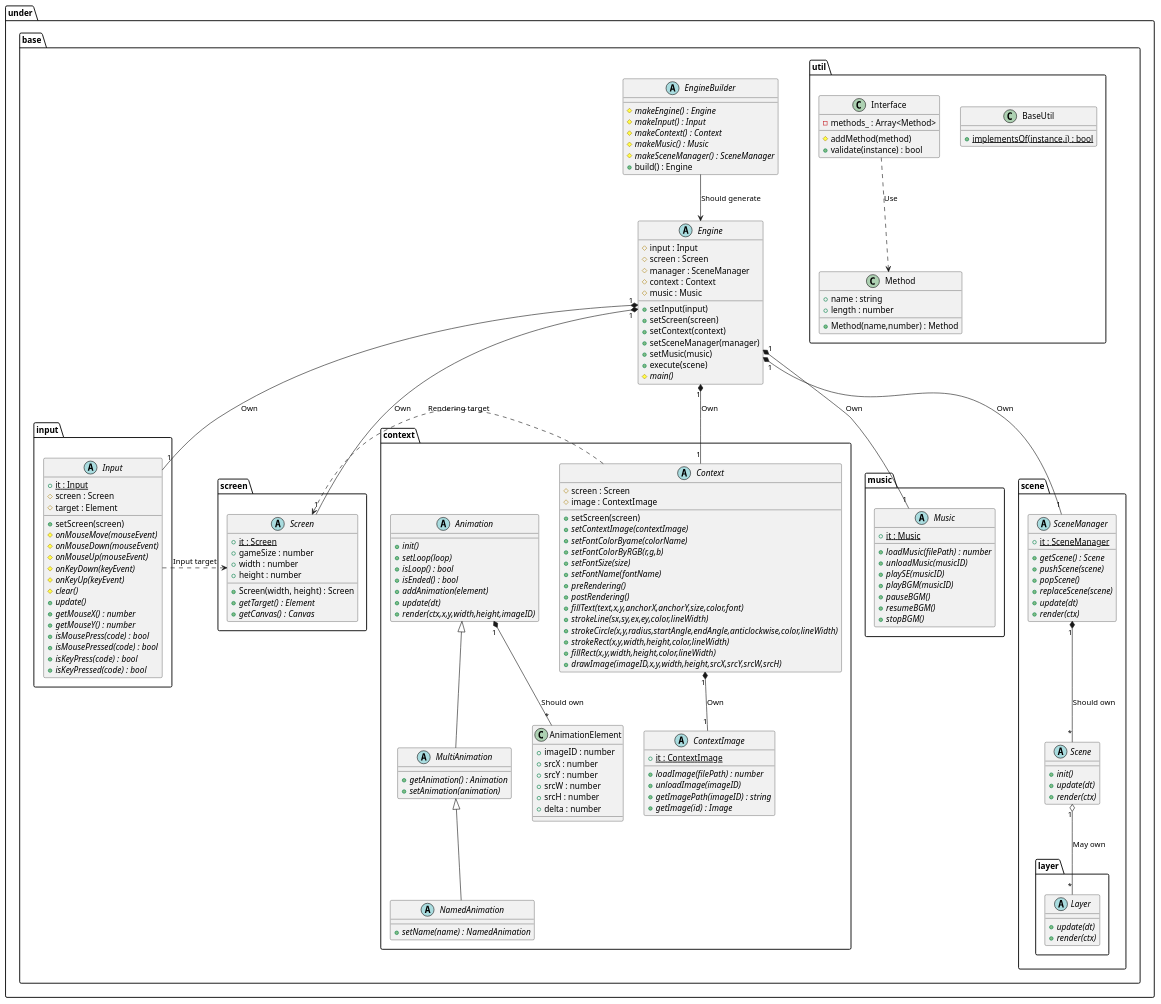
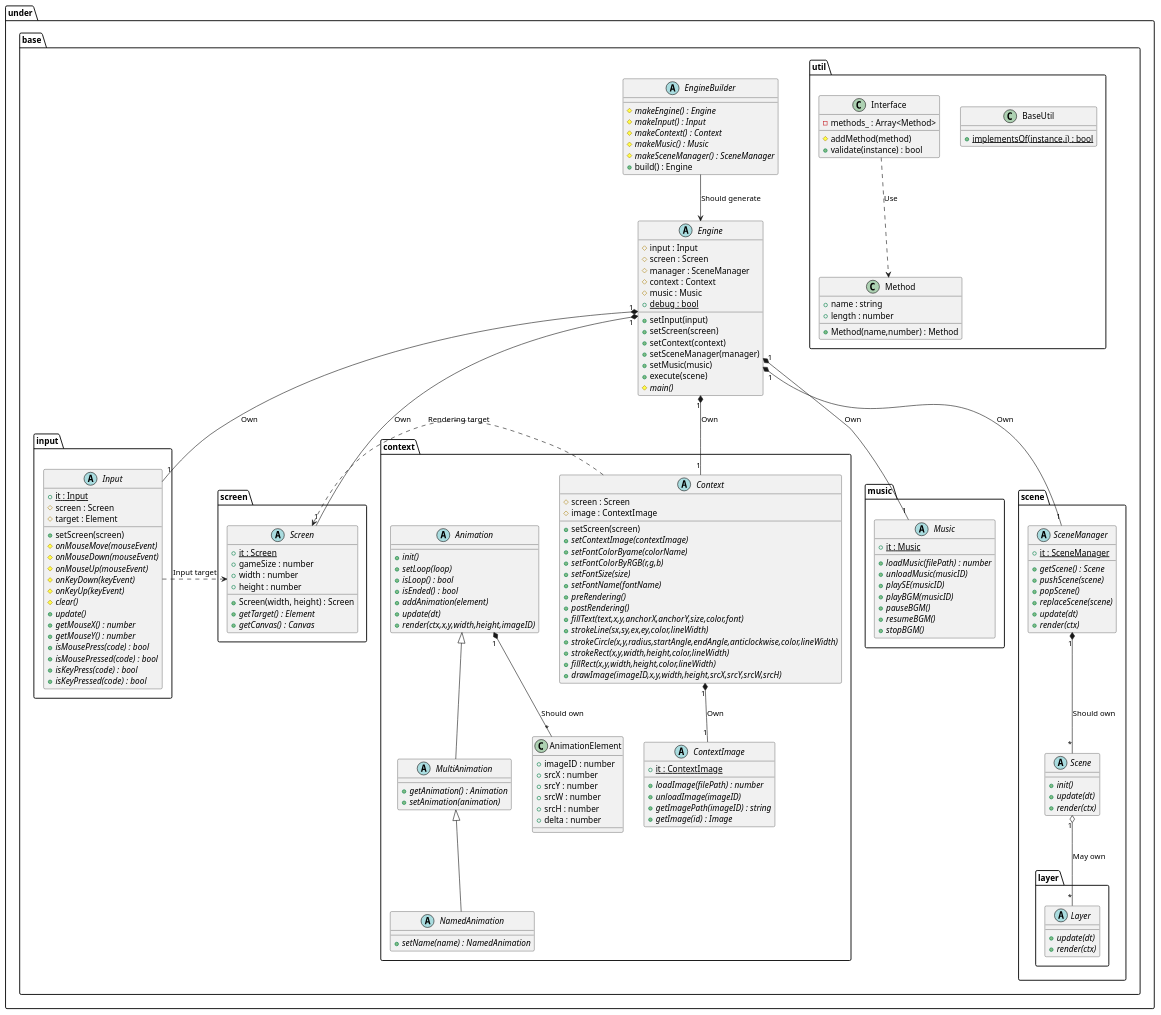
One commit to Expine/Under changed the diagram in uml/gamebase/Base.wsd. Above: the diagram before and after it, drawn with PlantUML. The commit also changed 11 other files, not shown here.

```diff
--- a/uml/gamebase/Base.wsd
+++ b/uml/gamebase/Base.wsd
@@ -1,191 +1,192 @@
 @startuml GameBaseBase
 
 package under {
     package base {
         abstract EngineBuilder {
             {abstract} #makeEngine() : Engine
             {abstract} #makeInput() : Input
             {abstract} #makeContext() : Context
             {abstract} #makeMusic() : Music
             {abstract} #makeSceneManager() : SceneManager
             +build() : Engine
         }
         abstract Engine {
             #input : Input
             #screen : Screen
             #manager : SceneManager
             #context : Context
             #music : Music
             +setInput(input)
             +setScreen(screen)
             +setContext(context)
             +setSceneManager(manager)
             +setMusic(music)
             +execute(scene)
+            {static} +debug : bool
             {abstract} #main()
         }
 
         package input {
             abstract Input {
                 {static} +it : Input /' Singleton '/
                 #screen : Screen
                 #target : Element
                 +setScreen(screen)
                 {abstract} #onMouseMove(mouseEvent)
                 {abstract} #onMouseDown(mouseEvent)
                 {abstract} #onMouseUp(mouseEvent)
                 {abstract} #onKeyDown(keyEvent)
                 {abstract} #onKeyUp(keyEvent)
                 {abstract} #clear()
                 {abstract} +update()
                 {abstract} +getMouseX() : number
                 {abstract} +getMouseY() : number
                 {abstract} +isMousePress(code) : bool
                 {abstract} +isMousePressed(code) : bool
                 {abstract} +isKeyPress(code) : bool
                 {abstract} +isKeyPressed(code) : bool
             }
         }
 
         package screen {
             abstract Screen {
                 +Screen(width, height) : Screen
                 {static} +it : Screen /' Singleton '/
                 +gameSize : number
                 +width : number
                 +height : number
                 {abstract} +getTarget() : Element
                 {abstract} +getCanvas() : Canvas
             }
         }
 
         package music {
             abstract Music {
                 {static} +it : Music /' Singleton '/
                 {abstract} +loadMusic(filePath) : number
                 {abstract} +unloadMusic(musicID)
                 {abstract} +playSE(musicID)
                 {abstract} +playBGM(musicID)
                 {abstract} +pauseBGM()
                 {abstract} +resumeBGM()
                 {abstract} +stopBGM()
             }
         }
 
         package context {
             abstract Context {
                 #screen : Screen
                 #image : ContextImage
                 +setScreen(screen)
                 {abstract} +setContextImage(contextImage)
                 {abstract} +setFontColorByame(colorName)
                 {abstract} +setFontColorByRGB(r,g,b)
                 {abstract} +setFontSize(size)
                 {abstract} +setFontName(fontName)
                 {abstract} +preRendering()
                 {abstract} +postRendering()
                 {abstract} +fillText(text,x,y,anchorX,anchorY,size,color,font)
                 {abstract} +strokeLine(sx,sy,ex,ey,color,lineWidth)
                 {abstract} +strokeCircle(x,y,radius,startAngle,endAngle,anticlockwise,color,lineWidth)
                 {abstract} +strokeRect(x,y,width,height,color,lineWidth)
                 {abstract} +fillRect(x,y,width,height,color,lineWidth)
                 {abstract} +drawImage(imageID,x,y,width,height,srcX,srcY,srcW,srcH)
             }
             abstract ContextImage {
                 {static} +it : ContextImage /' Singleton '/
                 {abstract} +loadImage(filePath) : number
                 {abstract} +unloadImage(imageID)
                 {abstract} +getImagePath(imageID) : string
                 {abstract} +getImage(id) : Image
             }
 
             abstract Animation {
                 {abstract} +init()
                 {abstract} +setLoop(loop)
                 {abstract} +isLoop() : bool
                 {abstract} +isEnded() : bool
                 {abstract} +addAnimation(element)
                 {abstract} +update(dt)
                 {abstract} +render(ctx,x,y,width,height,imageID)
             }
             abstract MultiAnimation {
                 {abstract} +getAnimation() : Animation
                 {abstract} +setAnimation(animation)
             }
             abstract NamedAnimation {
                 {abstract} +setName(name) : NamedAnimation
             }
             class AnimationElement {
                 +imageID : number
                 +srcX : number
                 +srcY : number
                 +srcW : number
                 +srcH : number
                 +delta : number
             }
         }
 
         package scene {
             abstract SceneManager {
                 {static} +it : SceneManager /' Singleton '/
                 {abstract} +getScene() : Scene
                 {abstract} +pushScene(scene)
                 {abstract} +popScene()
                 {abstract} +replaceScene(scene)
                 {abstract} +update(dt)
                 {abstract} +render(ctx)
             }
             abstract Scene {
                 {abstract} +init()
                 {abstract} +update(dt)
                 {abstract} +render(ctx)
             }
 
             package layer {
                 abstract Layer {
                     {abstract} +update(dt)
                     {abstract} +render(ctx)
                 }
             }
         }
 
         package util {
             class BaseUtil {
                 {static} +implementsOf(instance,i) : bool
             }
             class Interface {
                 -methods_ : Array<Method>
                 #addMethod(method)
                 +validate(instance) : bool
             }
             class Method {
                 +Method(name,number) : Method
                 +name : string
                 +length : number
             }
         }
     }
 }
 
 EngineBuilder --> Engine : Should generate
 Engine "1"*-- "1" Screen : Own
 Engine "1"*-- "1" Input : Own
 Engine "1"*-- "1" SceneManager : Own
 Engine "1"*-- "1" Context : Own
 Engine "1"*-- "1" Music : Own
 
 Input .> Screen : Input target
 Context .> Screen : Rendering target
 
 SceneManager "1"*--"*" Scene : Should own
 Scene "1" o--"*" Layer : May own
 Context "1"*--"1" ContextImage : Own
 
 Animation "1"*--"*"AnimationElement : Should own
 
 Animation <|-- MultiAnimation
 MultiAnimation <|-- NamedAnimation
 
 Interface ..> Method : Use
 
 @enduml
```
